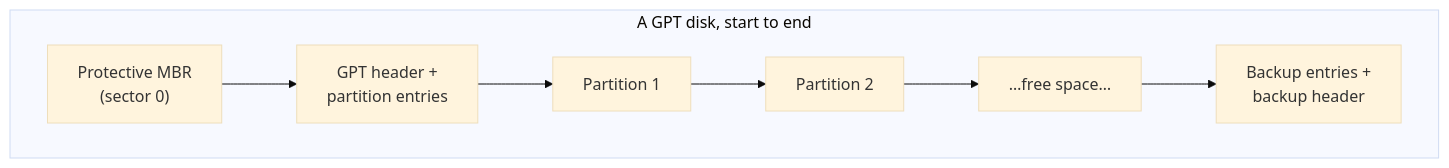
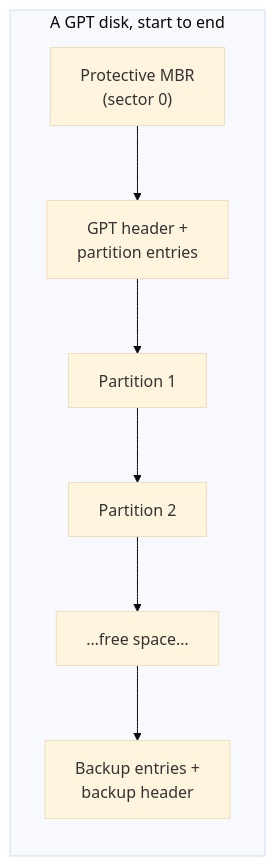
The second of 4 diagrams in content/09-disks-and-filesystems.md (ssimpson89/LinuxTrainingCourse), drawn with Mermaid (base theme) before and after one commit. The commit also changed other lines of this file and 3 other files, not shown here.

````diff
--- a/content/09-disks-and-filesystems.md
+++ b/content/09-disks-and-filesystems.md
@@ -133,7 +136,7 @@
 ```mermaid
-flowchart LR
+flowchart TB
     subgraph GPT["A GPT disk, start to end"]
-    direction LR
+    direction TB
     P["Protective MBR<br/>(sector 0)"] --> H["GPT header +<br/>partition entries"] --> D1["Partition 1"] --> D2["Partition 2"] --> D3["…free space…"] --> B["Backup entries +<br/>backup header"]
     end
 ```
````
